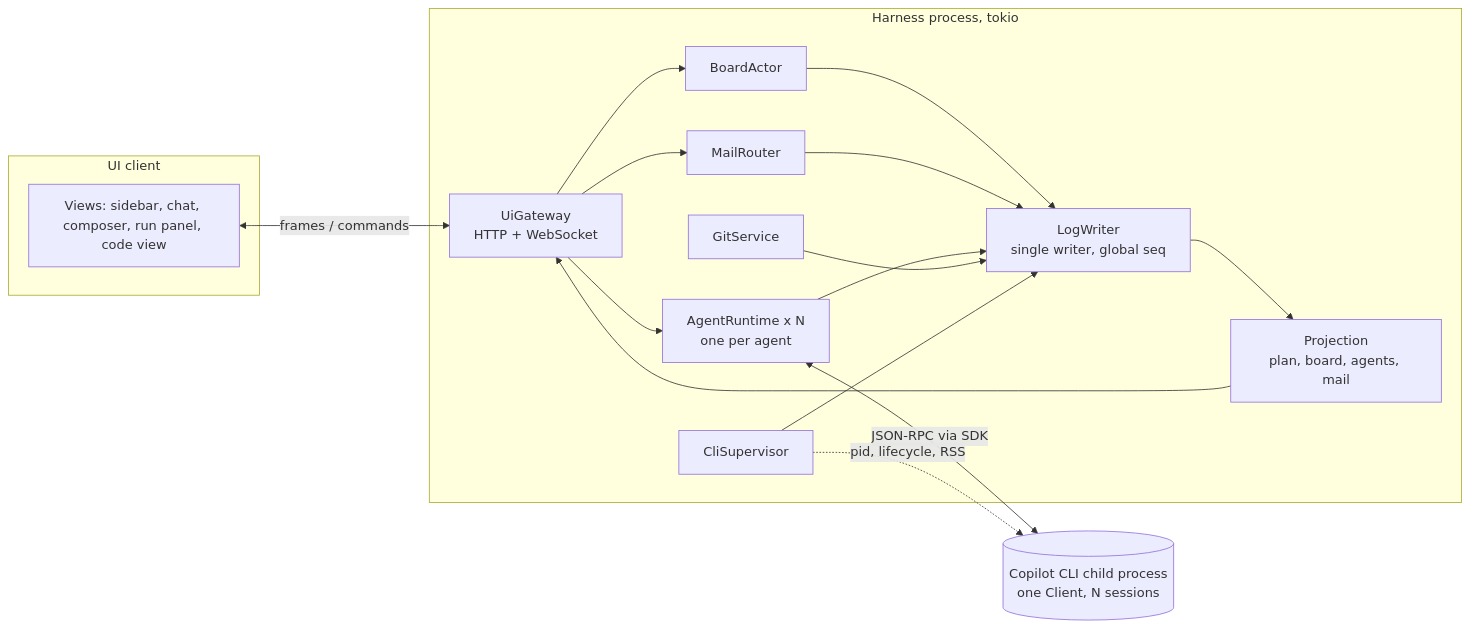
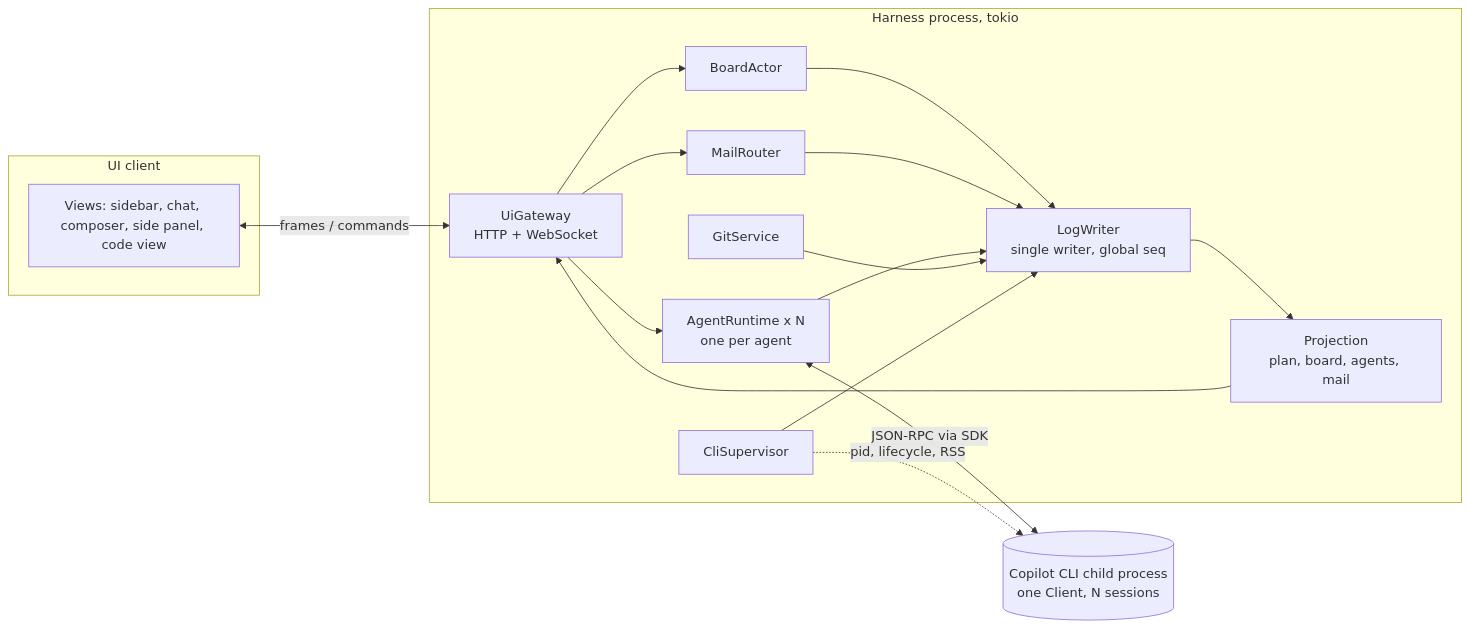
One commit to sayantanroy47/scratchpad changed the diagram in reports/Copilot harness task orchestration.md. Above: the diagram before and after it, drawn with Mermaid. The commit also changed other lines of this file and 2 other files, not shown here.

First line of the commit message:
Move harness views to a right rail, add a Details switch, re-pin the SDK to v1.0.22

````diff
--- a/reports/Copilot harness task orchestration.md
+++ b/reports/Copilot harness task orchestration.md
@@ -46,22 +46,22 @@
 ```mermaid
 flowchart LR
   subgraph UI[UI client]
-    V[Views: sidebar, chat, composer, run panel, code view]
+    V[Views: sidebar, chat, composer, side panel, code view]
   end
   subgraph H[Harness process, tokio]
     GW[UiGateway<br/>HTTP + WebSocket]
     LW[LogWriter<br/>single writer, global seq]
     PR[Projection<br/>plan, board, agents, mail]
     BA[BoardActor]
     MR[MailRouter]
     AR[AgentRuntime x N<br/>one per agent]
     SUP[CliSupervisor]
     GIT[GitService]
   end
   CLI[(Copilot CLI child process<br/>one Client, N sessions)]
   V <-- frames / commands --> GW
   GW --> BA & MR & AR
   BA & MR & AR & GIT & SUP --> LW --> PR --> GW
   AR <-- JSON-RPC via SDK --> CLI
   SUP -. pid, lifecycle, RSS .-> CLI
 ```
````
